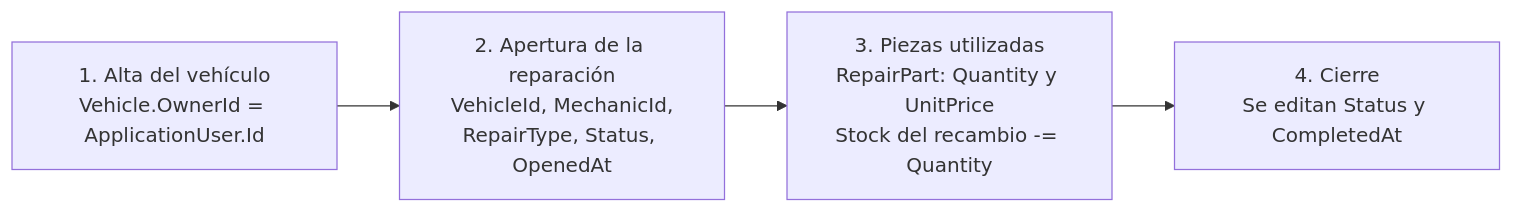
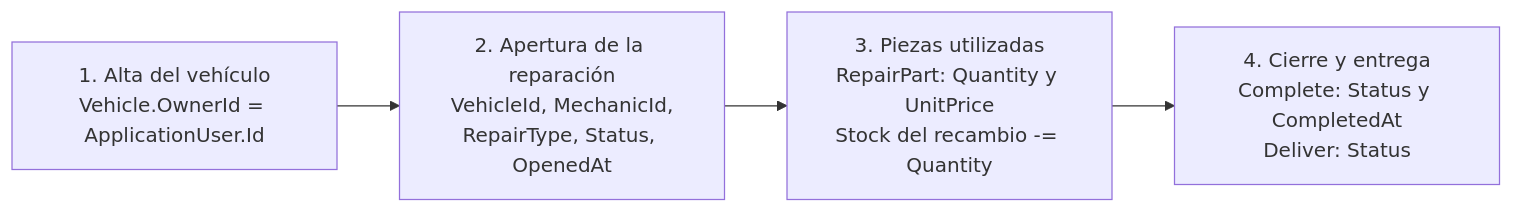
Before and after one commit to certidevs/g3_aspnet: the second of 2 diagrams in docs/diagrama-er.md, drawn with Mermaid. The commit also changed other lines of this file and 21 other files, not shown here.

````diff
--- a/docs/diagrama-er.md
+++ b/docs/diagrama-er.md
@@ -198,9 +198,9 @@
 ```mermaid
 flowchart LR
     A["1. Alta del vehículo<br/>Vehicle.OwnerId = ApplicationUser.Id"]
     B["2. Apertura de la reparación<br/>VehicleId, MechanicId,<br/>RepairType, Status, OpenedAt"]
     C["3. Piezas utilizadas<br/>RepairPart: Quantity y UnitPrice<br/>Stock del recambio -= Quantity"]
-    D["4. Cierre<br/>Se editan Status y CompletedAt"]
+    D["4. Cierre y entrega<br/>Complete: Status y CompletedAt<br/>Deliver: Status"]
 
     A --> B --> C --> D
 ```
````
